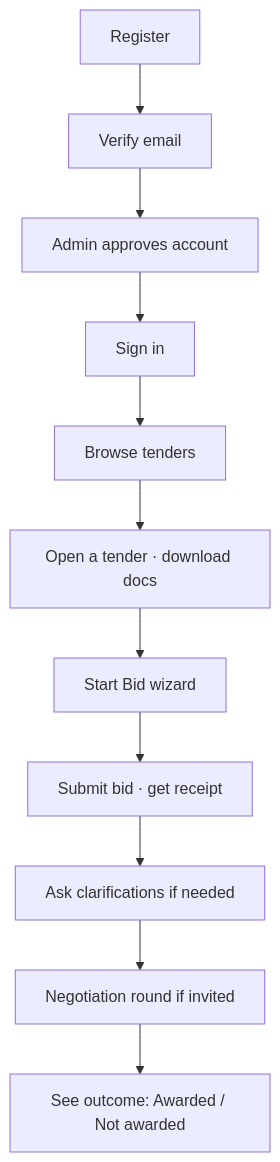
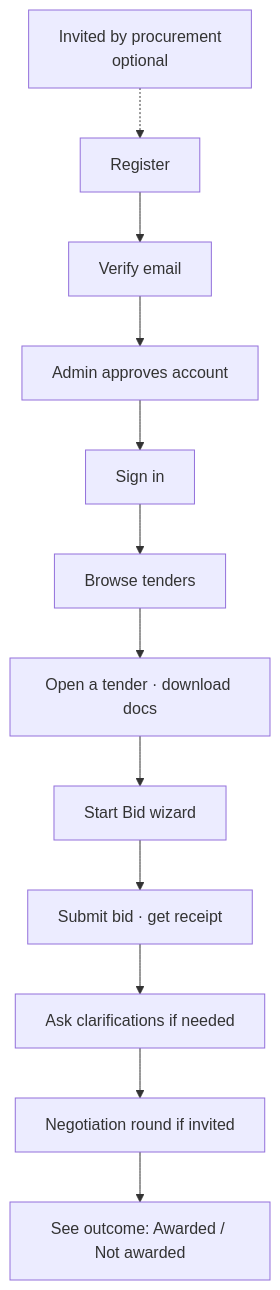
Before and after one commit to ghuffy11-lgtm/ctmp-platform: the diagram in docs/user-guides/VENDOR_GUIDE.md, drawn with Mermaid. The commit also changed other lines of this file and 2 other files, not shown here.

First line of the commit message:
docs(guides): invitation flow and Commercial Terms in the user guides

````diff
--- a/docs/user-guides/VENDOR_GUIDE.md
+++ b/docs/user-guides/VENDOR_GUIDE.md
@@ -13,13 +13,14 @@
 ```mermaid
 flowchart TD
+    A0[Invited by procurement<br/>optional] -.-> A
     A[Register] --> B[Verify email]
     B --> C[Admin approves account]
     C --> D[Sign in]
     D --> E[Browse tenders]
     E --> F[Open a tender · download docs]
     F --> G[Start Bid wizard]
     G --> H[Submit bid · get receipt]
     H --> I[Ask clarifications if needed]
     I --> J[Negotiation round if invited]
     J --> K[See outcome: Awarded / Not awarded]
 ```
````
